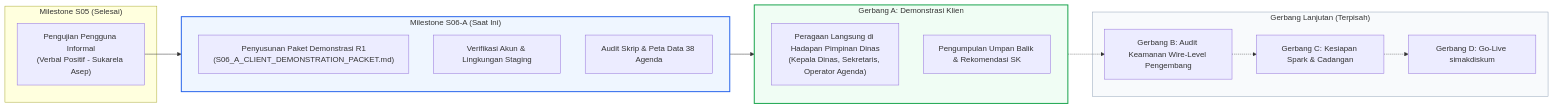
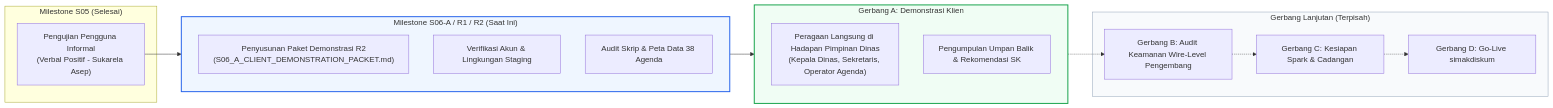
Before and after one commit to throwawaybtm/simak-diskum-v5: the diagram in department-agenda-firebase/docs/S06_A_CLIENT_DEMONSTRATION_PACKET.md, drawn with Mermaid. The commit also changed other lines of this file and 5 other files, not shown here.

````diff
--- a/department-agenda-firebase/docs/S06_A_CLIENT_DEMONSTRATION_PACKET.md
+++ b/department-agenda-firebase/docs/S06_A_CLIENT_DEMONSTRATION_PACKET.md
@@ -42,33 +42,33 @@
 ```mermaid
 flowchart LR
     subgraph S05["Milestone S05 (Selesai)"]
         S05A["Pengujian Pengguna Informal<br/>(Verbal Positif - Sukarela Asep)"]
     end
 
-    subgraph S06A["Milestone S06-A (Saat Ini)"]
-        Packet["Penyusunan Paket Demonstrasi R1<br/>(S06_A_CLIENT_DEMONSTRATION_PACKET.md)"]
+    subgraph S06A["Milestone S06-A / R1 / R2 (Saat Ini)"]
+        Packet["Penyusunan Paket Demonstrasi R2<br/>(S06_A_CLIENT_DEMONSTRATION_PACKET.md)"]
         Prep["Verifikasi Akun & Lingkungan Staging"]
         Audit["Audit Skrip & Peta Data 38 Agenda"]
     end
 
     subgraph GateA["Gerbang A: Demonstrasi Klien"]
         LiveDemo["Peragaan Langsung di Hadapan Pimpinan Dinas<br/>(Kepala Dinas, Sekretaris, Operator Agenda)"]
         Feedback["Pengumpulan Umpan Balik & Rekomendasi SK"]
     end
 
     subgraph FutureGates["Gerbang Lanjutan (Terpisah)"]
         GateB["Gerbang B: Audit Keamanan Wire-Level Pengembang"]
         GateC["Gerbang C: Kesiapan Spark & Cadangan"]
         GateD["Gerbang D: Go-Live simakdiskum"]
     end
 
     S05A --> S06A
     S06A --> GateA
     GateA -.-> GateB
     GateB -.-> GateC
     GateC -.-> GateD
 
     style S06A fill:#eff6ff,stroke:#2563eb,stroke-width:2px;
     style GateA fill:#f0fdf4,stroke:#16a34a,stroke-width:2px;
     style FutureGates fill:#f8fafc,stroke:#94a3b8,stroke-width:1px;
 ```
````
